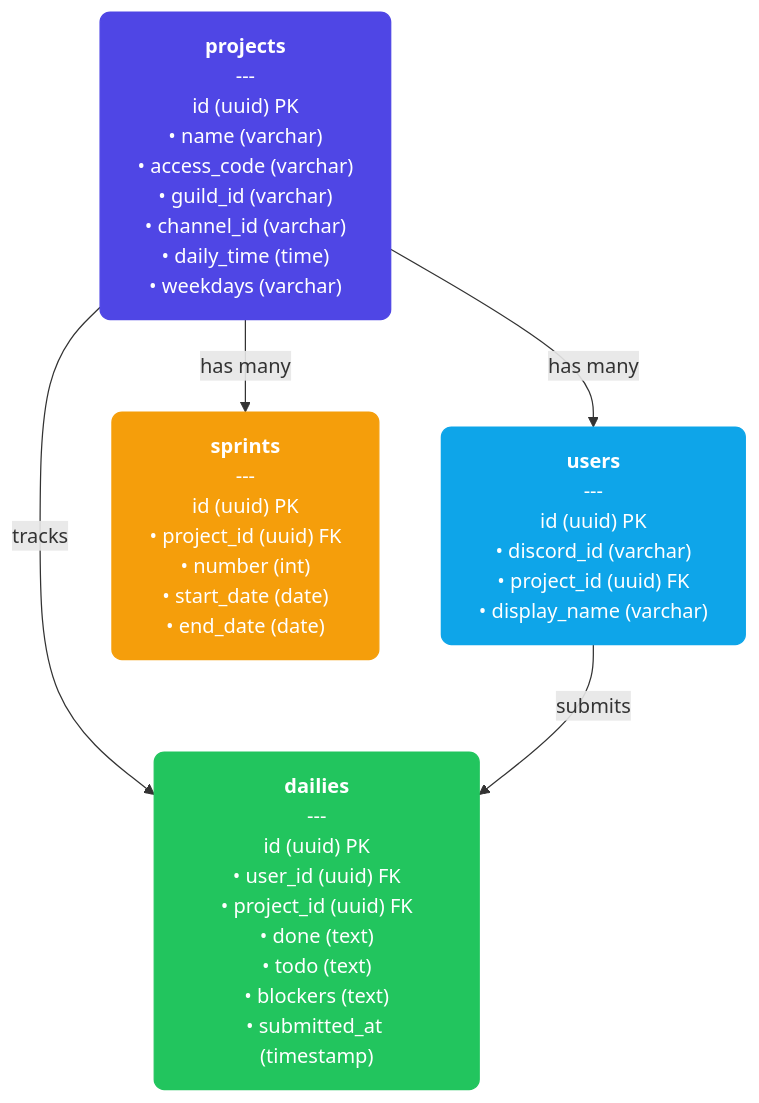
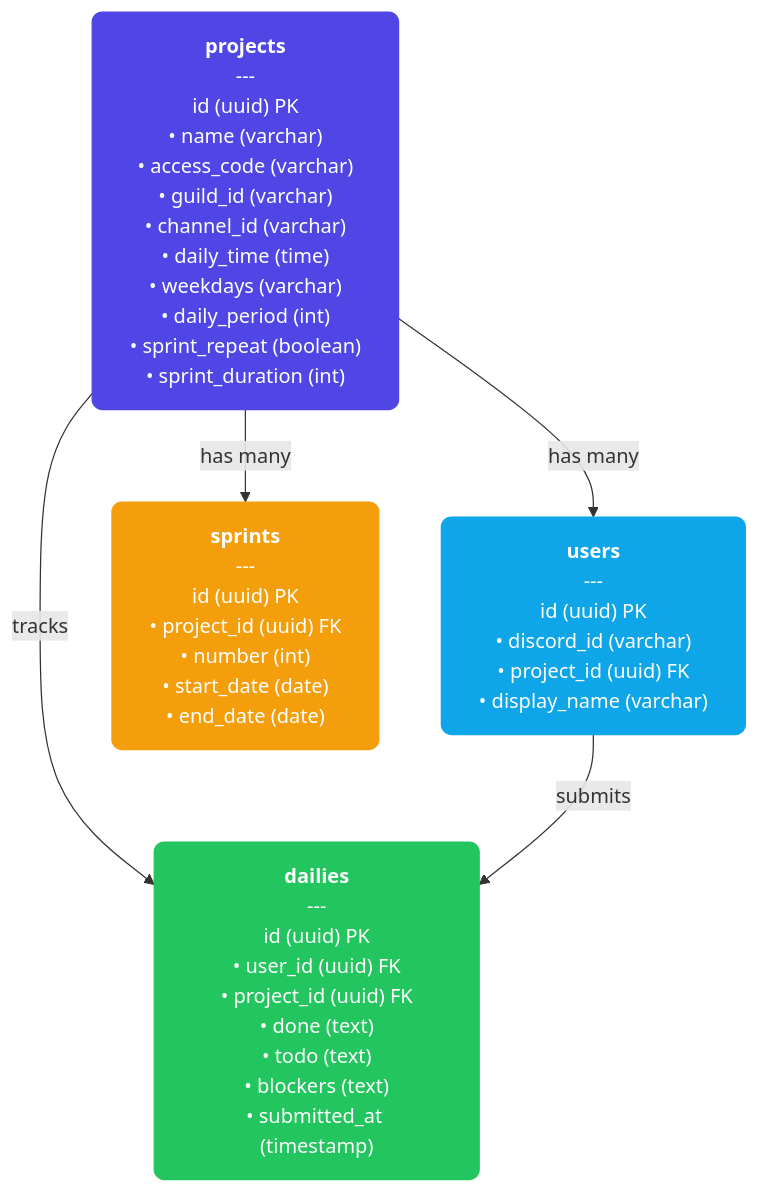
Before and after one commit to EduLoboM/BOMB: the second of 2 diagrams in README.md, drawn with Mermaid. The commit also changed other lines of this file, not shown here.

Commit message:
Docs(README): Updates command documentation, folder structure, and database diagram

````diff
--- a/README.md
+++ b/README.md
@@ -166,20 +173,20 @@
 ```mermaid
 flowchart TD
-    P["<b>projects</b><br/>---<br/>id (uuid) PK<br/>• name (varchar)<br/>• access_code (varchar)<br/>• guild_id (varchar)<br/>• channel_id (varchar)<br/>• daily_time (time)<br/>• weekdays (varchar)"]
+    P["<b>projects</b><br/>---<br/>id (uuid) PK<br/>• name (varchar)<br/>• access_code (varchar)<br/>• guild_id (varchar)<br/>• channel_id (varchar)<br/>• daily_time (time)<br/>• weekdays (varchar)<br/>• daily_period (int)<br/>• sprint_repeat (boolean)<br/>• sprint_duration (int)"]
     
     U["<b>users</b><br/>---<br/>id (uuid) PK<br/>• discord_id (varchar)<br/>• project_id (uuid) FK<br/>• display_name (varchar)"]
     
     S["<b>sprints</b><br/>---<br/>id (uuid) PK<br/>• project_id (uuid) FK<br/>• number (int)<br/>• start_date (date)<br/>• end_date (date)"]
     
     D["<b>dailies</b><br/>---<br/>id (uuid) PK<br/>• user_id (uuid) FK<br/>• project_id (uuid) FK<br/>• done (text)<br/>• todo (text)<br/>• blockers (text)<br/>• submitted_at (timestamp)"]
 
     P -->|has many| U
     P -->|has many| S
     P -->|tracks| D
     U -->|submits| D
 
     style P fill:#4f46e5,stroke:#4f46e5,color:#fff,rx:8px,ry:8px
     style U fill:#0ea5e9,stroke:#0ea5e9,color:#fff,rx:8px,ry:8px
     style S fill:#f59e0b,stroke:#f59e0b,color:#fff,rx:8px,ry:8px
     style D fill:#22c55e,stroke:#22c55e,color:#fff,rx:8px,ry:8px
 ```
````
